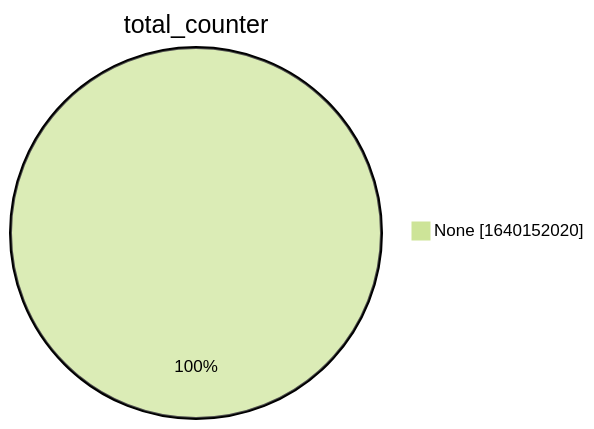
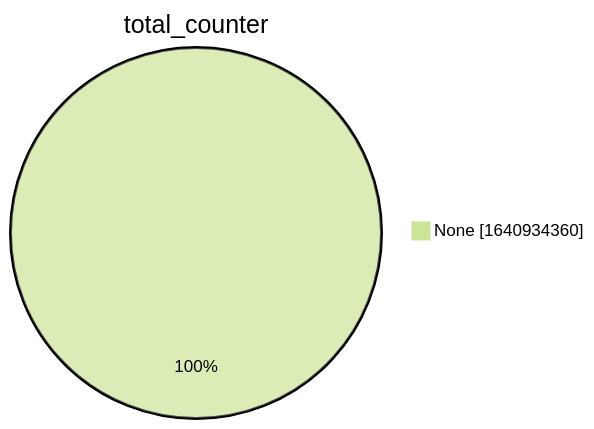
One commit to christiankrug/ctmonitor_visualization changed the second of 15 diagrams in xenon2022/README.md. Above: the diagram before and after it, drawn with Mermaid (forest theme). The commit also changed other lines of this file, not shown here.

````diff
--- a/xenon2022/README.md
+++ b/xenon2022/README.md
@@ -9,5 +9,5 @@
 ```mermaid
 pie showData
 title total_counter
-"None" :1640152020
+"None" :1640934360
 ```
````
